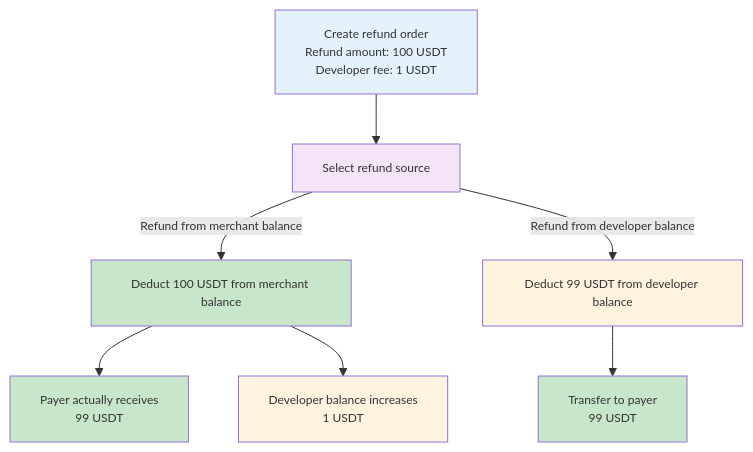
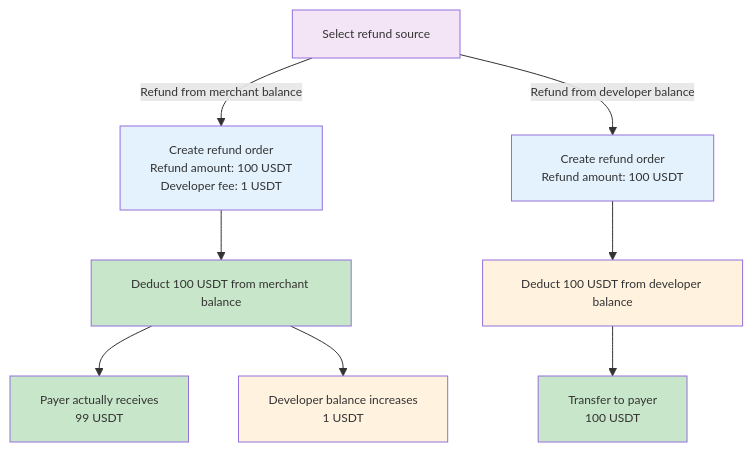
The fourth of 5 diagrams in v2/payments/amounts-and-balances.mdx (rcsh1/developer-site), drawn with Mermaid before and after one commit. The commit also changed other lines of this file and 8 other files, not shown here.

````diff
--- a/v2/payments/amounts-and-balances.mdx
+++ b/v2/payments/amounts-and-balances.mdx
@@ -135,21 +136,23 @@
 ```mermaid
 %%{init: {'themeVariables': { 'fontSize': '12px'}}}%%
 graph TD
-    E[Create refund order<br/>Refund amount: 100 USDT<br/>Developer fee: 1 USDT] --> F[Select refund source]
+    F[Select refund source] -->|Refund from merchant balance| E1[Create refund order<br/>Refund amount: 100 USDT<br/>Developer fee: 1 USDT]
+    F -->|Refund from developer balance| E2[Create refund order<br/>Refund amount: 100 USDT]
     
-    F -->|Refund from merchant balance| G[Deduct 100 USDT from merchant balance]
-    F -->|Refund from developer balance| H[Deduct 99 USDT from developer balance]
+    E1 --> G[Deduct 100 USDT from merchant balance]
+    E2 --> H[Deduct 100 USDT from developer balance]
     
     G --> J[Payer actually receives<br/>99 USDT]
     G --> K[Developer balance increases<br/>1 USDT]
     
-    H --> L[Transfer to payer<br/>99 USDT]
+    H --> L[Transfer to payer<br/>100 USDT]
     
-    style E fill:#e3f2fd
     style F fill:#f3e5f5
+    style E1 fill:#e3f2fd
+    style E2 fill:#e3f2fd
     style G fill:#c8e6c9
     style H fill:#fff3e0
     style J fill:#c8e6c9
     style K fill:#fff3e0
     style L fill:#c8e6c9
 ```
````
